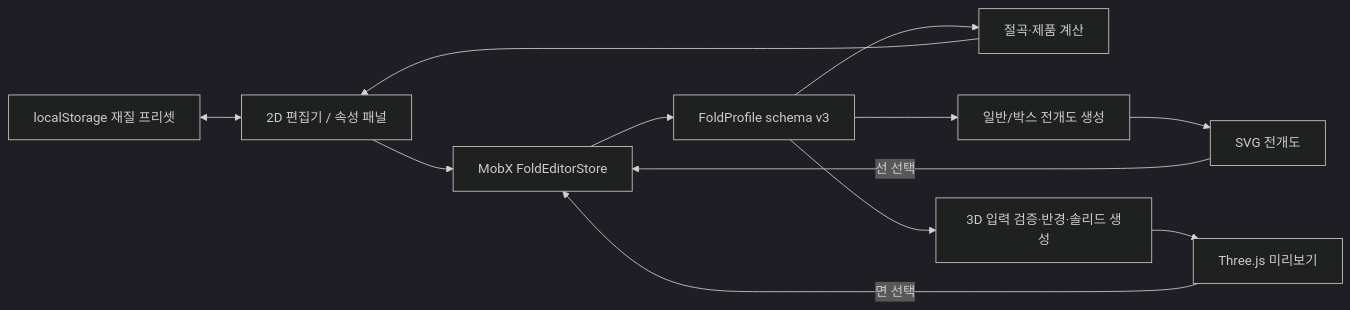
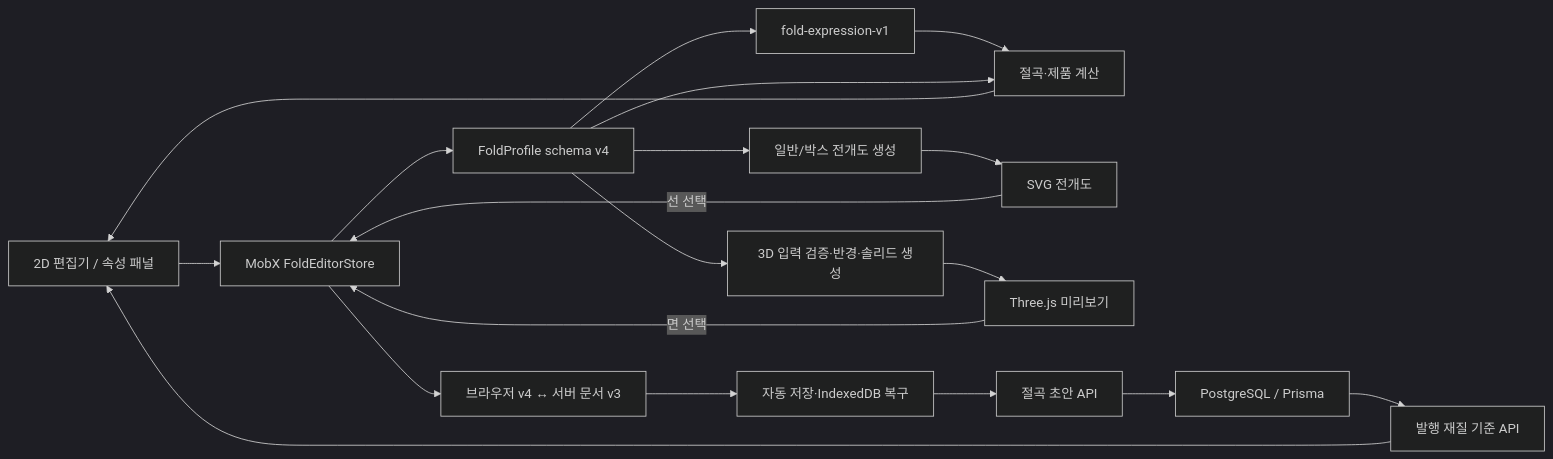
One commit to victoriatech25/fold-web changed the diagram in docs/current-implementation-status.md. Above: the diagram before and after it, drawn with Mermaid (dark theme). The commit also changed other lines of this file and 290 other files, not shown here.

````diff
--- a/docs/current-implementation-status.md
+++ b/docs/current-implementation-status.md
@@ -79,14 +105,21 @@
 ```mermaid
 flowchart LR
   UI["2D 편집기 / 속성 패널"] --> STORE["MobX FoldEditorStore"]
-  STORE --> PROFILE["FoldProfile schema v3"]
+  STORE --> PROFILE["FoldProfile schema v4"]
+  PROFILE --> EXPR["fold-expression-v1"]
+  EXPR --> CALC
   PROFILE --> CALC["절곡·제품 계산"]
   PROFILE --> DEV["일반/박스 전개도 생성"]
   PROFILE --> MODEL["3D 입력 검증·반경·솔리드 생성"]
   CALC --> UI
   DEV --> SVG["SVG 전개도"]
   MODEL --> THREE["Three.js 미리보기"]
   SVG -->|선 선택| STORE
   THREE -->|면 선택| STORE
-  PRESET["localStorage 재질 프리셋"] <--> UI
+  PG --> RULEAPI["발행 재질 기준 API"]
+  RULEAPI --> UI
+  STORE --> ADAPTER["브라우저 v4 ↔ 서버 문서 v3"]
+  ADAPTER --> AUTOSAVE["자동 저장·IndexedDB 복구"]
+  AUTOSAVE --> API["절곡 초안 API"]
+  API --> PG["PostgreSQL / Prisma"]
 ```
````
